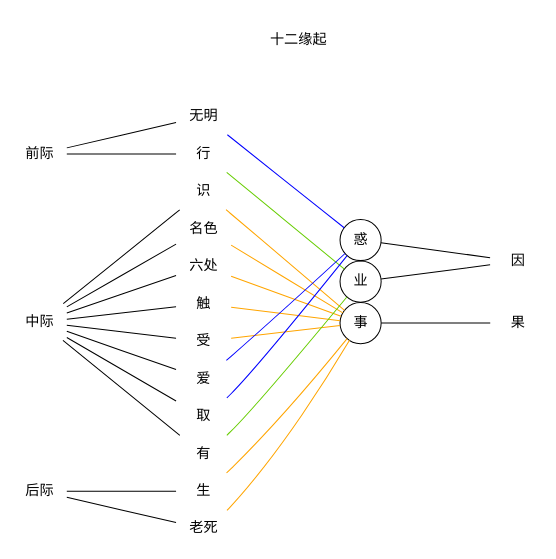
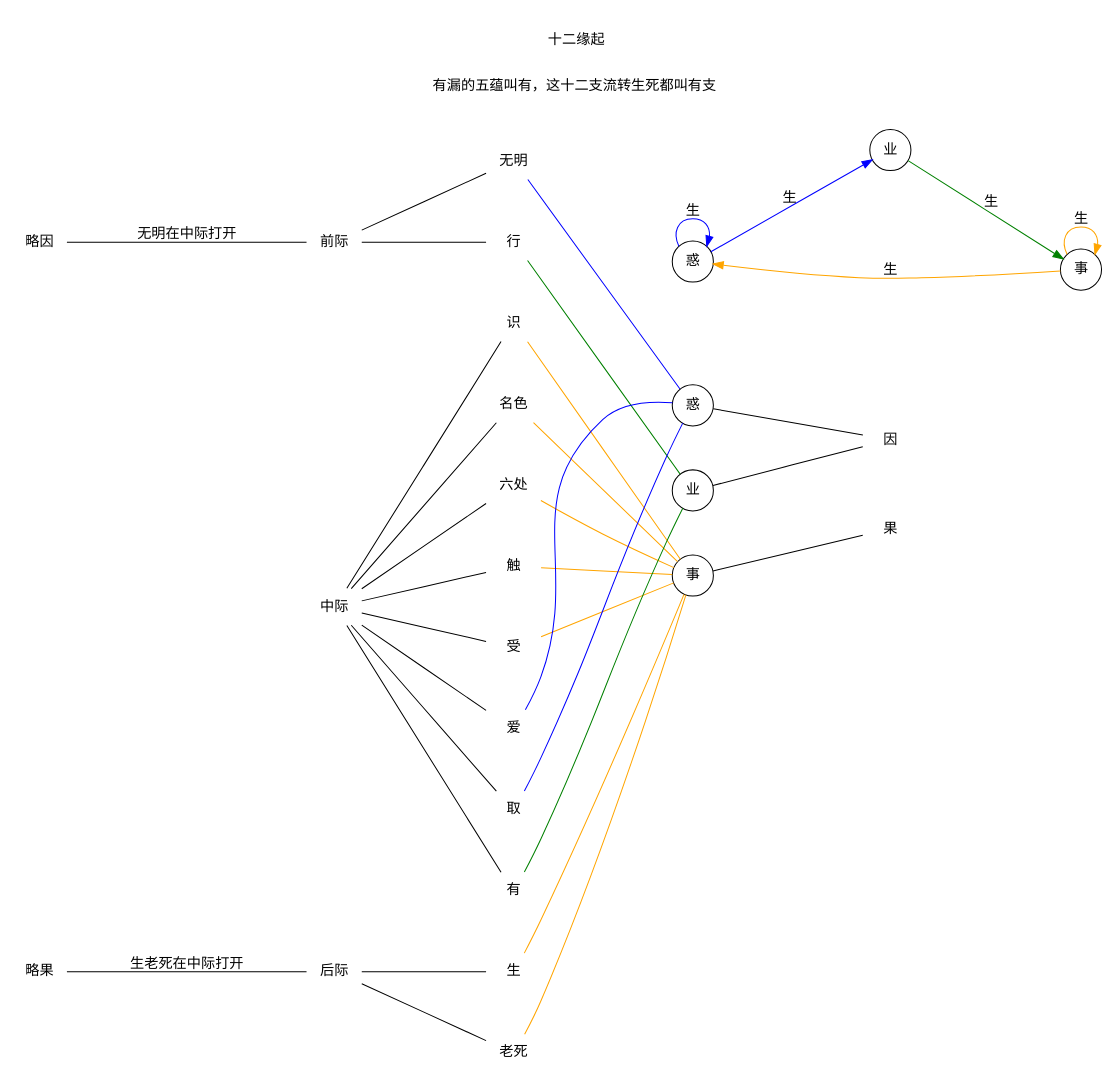
One commit to bdphin/bdphin changed the diagram in 图笔记/3. 分别世间品第三/十二缘起.dot. Above: the diagram before and after it, drawn with Graphviz. The commit also changed 16 other files, not shown here.

```diff
--- a/图笔记/3. 分别世间品第三/十二缘起.dot
+++ b/图笔记/3. 分别世间品第三/十二缘起.dot
@@ -1,35 +1,50 @@
-graph 世间品 {
+digraph 世间品 {
     layout = dot
     rankdir = LR
     splines=true
-    ranksep="1.5"
-    nodesep="0.02"
+    ranksep="1.7"
+    nodesep="0.3"
     node [shape = none ]
     
     labelloc = t
     label = "
-            十二缘起\l
-            
+            十二缘起
+            \l
+            有漏的五蕴叫有，这十二支流转生死都叫有支\l
             "    
     //入胎 [fontcolor = red]
 
-    前际 -- {无明,行}  
-    中际 -- {识,名色,六处,触,受,爱,取,有}  
-    后际 -- {生,老死}
+    略因 -> 前际 [label = 无明在中际打开 dir = none]
+    前际 -> {无明,行} [dir = none]
+    中际 -> {识,名色,六处,触,受,爱,取,有}  [dir = none]
+    略果 -> 后际 [label = 生老死在中际打开 dir = none] 
+    后际 -> {生,老死} [dir = none]
 
-    node [shape = circle ]
-    {无明,爱,取} -- 惑 [color=blue]
-    {行,有} -- 业 [color=chartreuse3]
-    {识,名色,六处,触,受,生,老死} -- 事 [color=orange]
+    {node [shape = circle label = "惑" ] 惑1; 惑2;}
+    {node [shape = circle label = "业" ] 业1; 业2;}
+    {node [shape = circle label = "事" ] 事1; 事2;}
+
+    {无明,爱,取} -> 惑1 [color=blue dir = none]
+    {行,有} -> 业1 [color=green dir = none]
+    {识,名色,六处,触,受,生,老死} -> 事1 [color=orange dir = none]
 
     node [shape = none ]
-    {惑,业} -- 因
-    事 -- 果
-    
-    {rank = same 前际 --中际 -- 后际 [style=invis]}
-    {rank = same 无明 -- 行 [style=invis]}
-    {rank = same 识 -- 名色 -- 六处 -- 触 -- 受 -- 爱 -- 取 -- 有 [style=invis]}
-    {rank = same 生 -- 老死 [style=invis]}
-    {rank = same 惑 --业 -- 事 [style=invis]}
+    {惑1,业1} -> 因 [dir = none]
+    事1 -> 果 [dir = none]
+
+    惑2 -> {惑2,业2} [label = 生 color = blue] 
+    业2 -> {事2} [label = 生 color = green]
+    事2 -> {事2,惑2} [label = 生 color = orange] 
+    惑2 -> 因 [style = invis ]
+    业2 -> temp2 [style = invis ]
+    temp2  [style=invis]
+
+    temp  [style=invis]
+    {rank = same 前际 ->中际 -> 后际 [style=invis]}
+    {rank = same 无明 -> 行 -> 识 -> 名色 -> 六处 -> 触 -> 受 -> 爱 -> 取 -> 有 -> 生 -> 老死[style=invis]}
+    {rank = same temp -> 惑1 -> 业1 -> 事1 [style=invis]}
+    //{rank = same temp -> 惑2 -> 业2 -> 事2 [style=invis]}
+    {rank = same 因 -> 果 [style=invis]}
+    {rank = same 业2 -> temp2 [style=invis]}
 
 }
```
